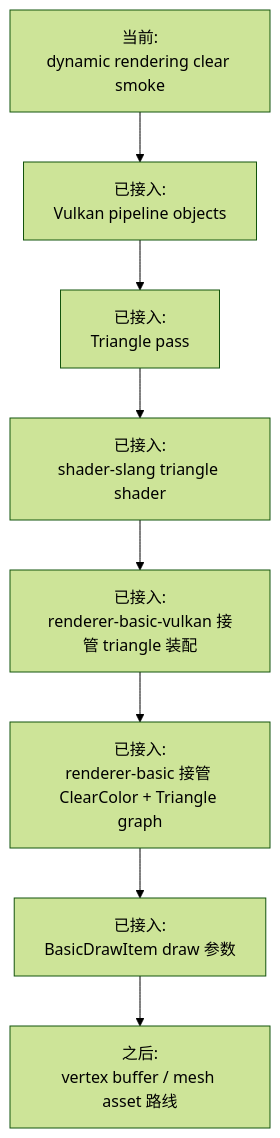
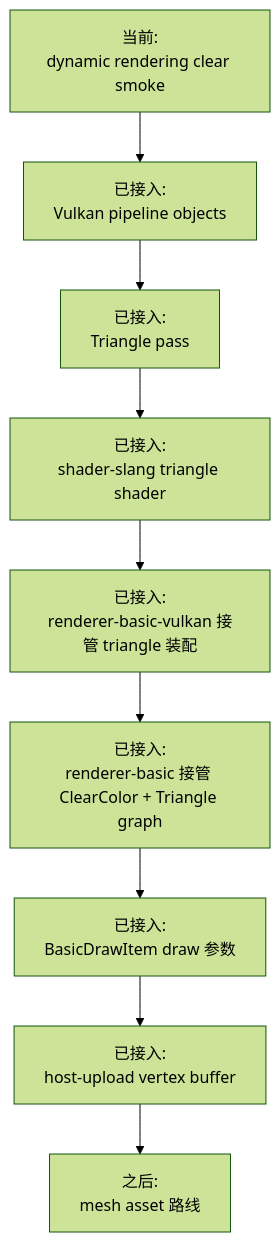
Before and after one commit to 66six11/Engine: the ninth of 9 diagrams in docs/flow-architecture.md, drawn with Mermaid (forest theme). The commit also changed other lines of this file and 12 other files, not shown here.

Commit message:
Render triangle from vertex buffer

````diff
--- a/docs/flow-architecture.md
+++ b/docs/flow-architecture.md
@@ -260,13 +260,14 @@
 ```mermaid
 flowchart TD
     Now["当前:<br/>dynamic rendering clear smoke"]
     Step1["已接入:<br/>Vulkan pipeline objects"]
     Step2["已接入:<br/>Triangle pass"]
     Step3["已接入:<br/>shader-slang triangle shader"]
     Step4["已接入:<br/>renderer-basic-vulkan 接管 triangle 装配"]
     Step5["已接入:<br/>renderer-basic 接管 ClearColor + Triangle graph"]
     Step6["已接入:<br/>BasicDrawItem draw 参数"]
-    Step7["之后:<br/>vertex buffer / mesh asset 路线"]
+    Step7["已接入:<br/>host-upload vertex buffer"]
+    Step8["之后:<br/>mesh asset 路线"]
 
-    Now --> Step1 --> Step2 --> Step3 --> Step4 --> Step5 --> Step6 --> Step7
+    Now --> Step1 --> Step2 --> Step3 --> Step4 --> Step5 --> Step6 --> Step7 --> Step8
 ```
````
